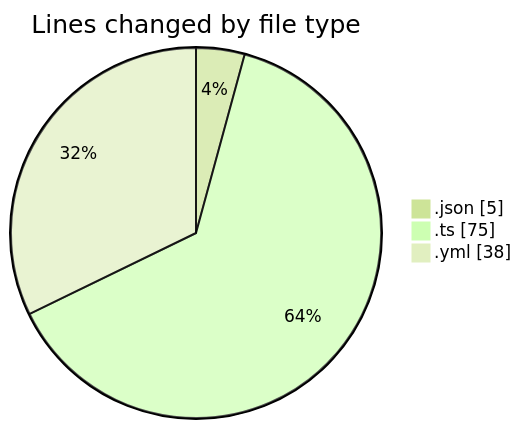
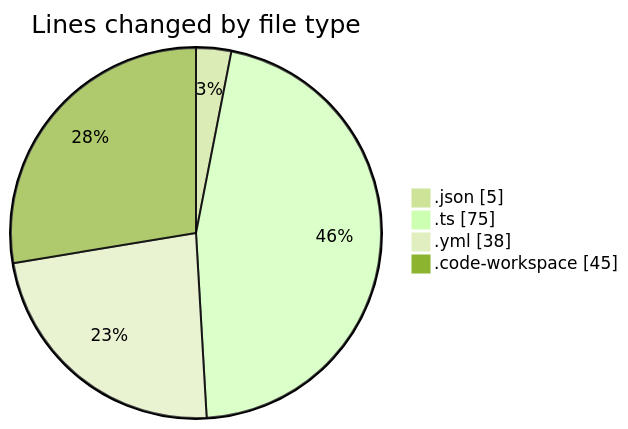
One commit to julien-gomy/code-tracking changed the first of 2 diagrams in 2025-11-25/eventscop-frontend-guide__workspace_/README.md. Above: the diagram before and after it, drawn with Mermaid (forest theme). The commit also changed other lines of this file and 1 other file, not shown here.

````diff
--- a/2025-11-25/eventscop-frontend-guide__workspace_/README.md
+++ b/2025-11-25/eventscop-frontend-guide__workspace_/README.md
@@ -22,7 +23,8 @@
 ```mermaid
 pie showData
 title Lines changed by file type
 ".json" : 5
 ".ts" : 75
 ".yml" : 38
+".code-workspace" : 45
 ```
````
